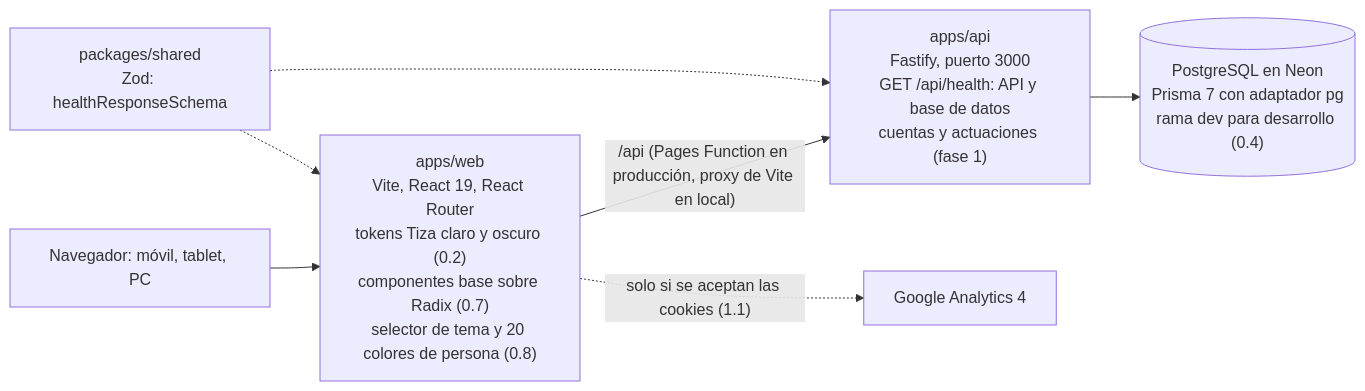
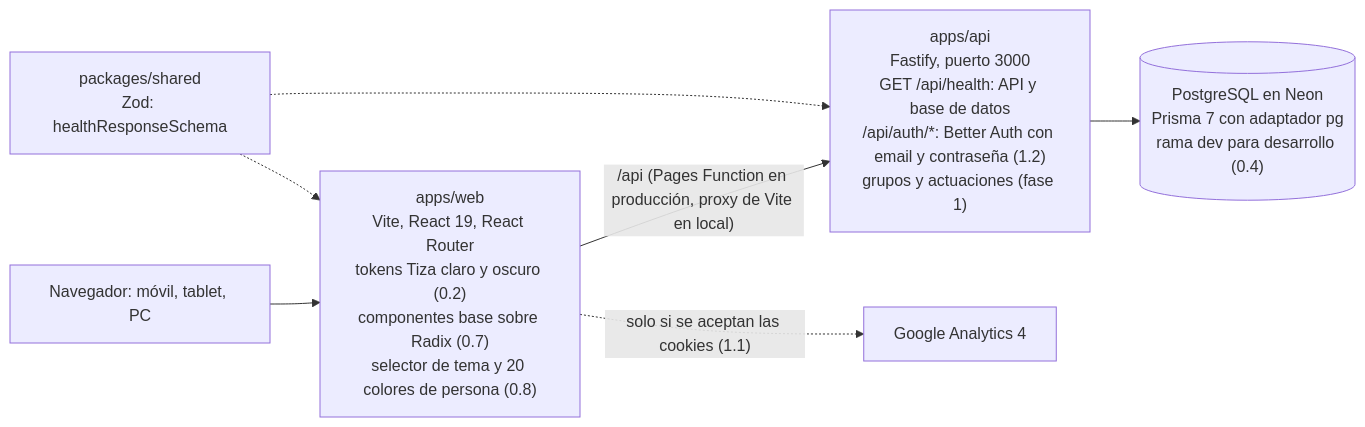
The diagram in documentation/architecture.md (juananmgz/cuadrocorrocalle), drawn with Mermaid before and after one commit. The commit also changed 33 other files, not shown here.

Commit message:
✨ Add email and password accounts with Better Auth

````diff
--- a/documentation/architecture.md
+++ b/documentation/architecture.md
@@ -7,9 +7,9 @@
 ```mermaid
 flowchart LR
   U["Navegador: móvil, tablet, PC"] --> W["apps/web<br>Vite, React 19, React Router<br>tokens Tiza claro y oscuro (0.2)<br>componentes base sobre Radix (0.7)<br>selector de tema y 20 colores de persona (0.8)"]
-  W -->|"/api (Pages Function en producción, proxy de Vite en local)"| A["apps/api<br>Fastify, puerto 3000<br>GET /api/health: API y base de datos<br>cuentas y actuaciones (fase 1)"]
+  W -->|"/api (Pages Function en producción, proxy de Vite en local)"| A["apps/api<br>Fastify, puerto 3000<br>GET /api/health: API y base de datos<br>/api/auth/*: Better Auth con email y contraseña (1.2)<br>grupos y actuaciones (fase 1)"]
   A --> D[("PostgreSQL en Neon<br>Prisma 7 con adaptador pg<br>rama dev para desarrollo (0.4)")]
   W -.->|"solo si se aceptan las cookies (1.1)"| GA["Google Analytics 4"]
   S["packages/shared<br>Zod: healthResponseSchema"] -.-> W
   S -.-> A
 ```
````
